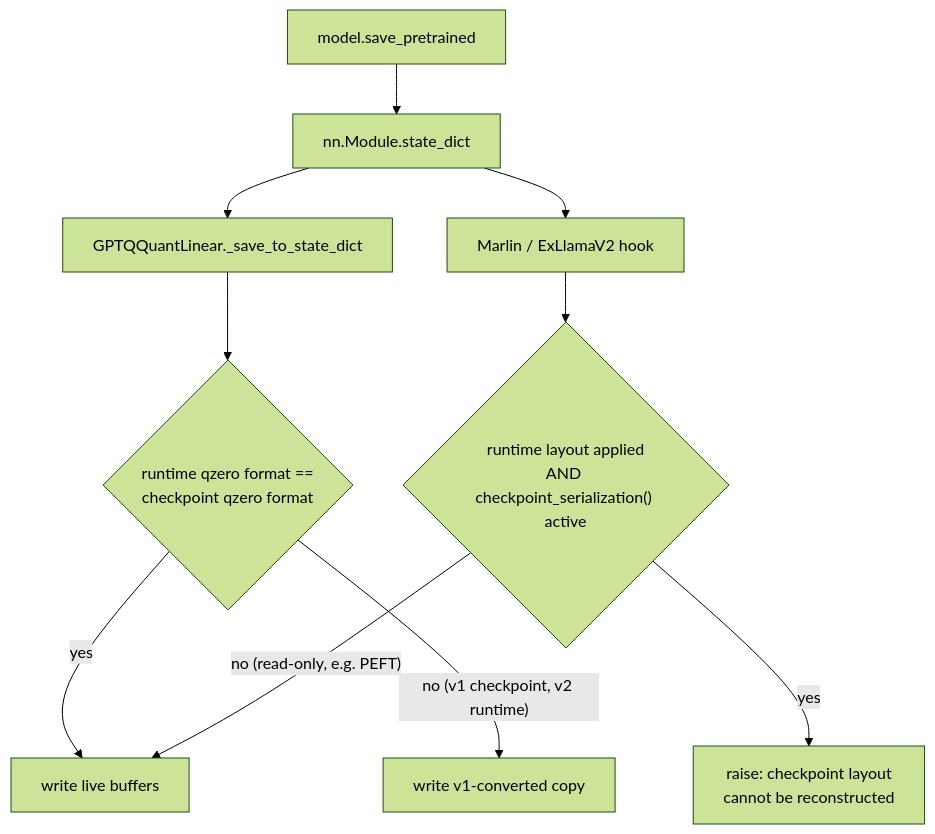
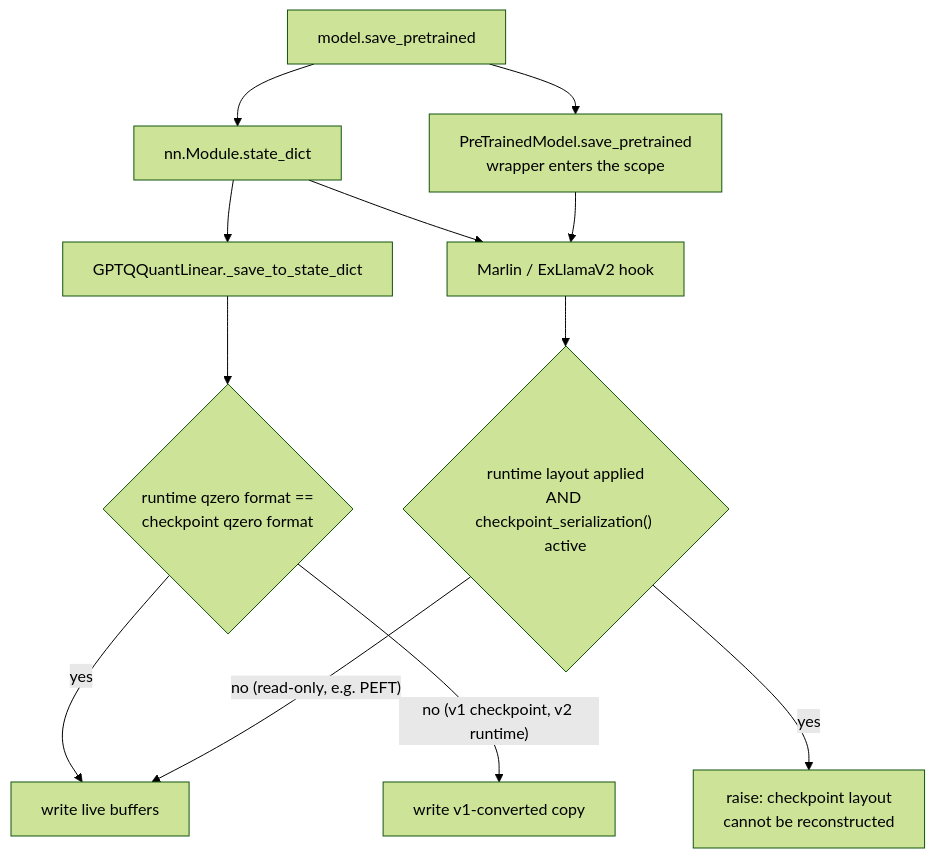
One commit to ModelCloud/GPTQModel changed the third of 12 diagrams in docs/checkpoint-interop.md. Above: the diagram before and after it, drawn with Mermaid (forest theme). The commit also changed other lines of this file and 5 other files, not shown here.

````diff
--- a/docs/checkpoint-interop.md
+++ b/docs/checkpoint-interop.md
@@ -110,12 +117,14 @@
 ```mermaid
 flowchart TD
     A["model.save_pretrained"] --> B["nn.Module.state_dict"]
     B --> C["GPTQQuantLinear._save_to_state_dict"]
     C --> D{"runtime qzero format ==<br/>checkpoint qzero format"}
     D -- yes --> E["write live buffers"]
     D -- "no (v1 checkpoint, v2 runtime)" --> F["write v1-converted copy"]
     B --> G["Marlin / ExLlamaV2 hook"]
     G --> H{"runtime layout applied<br/>AND checkpoint_serialization() active"}
     H -- yes --> I["raise: checkpoint layout<br/>cannot be reconstructed"]
     H -- "no (read-only, e.g. PEFT)" --> E
+    A --> J["PreTrainedModel.save_pretrained<br/>wrapper enters the scope"]
+    J --> G
 ```
````
